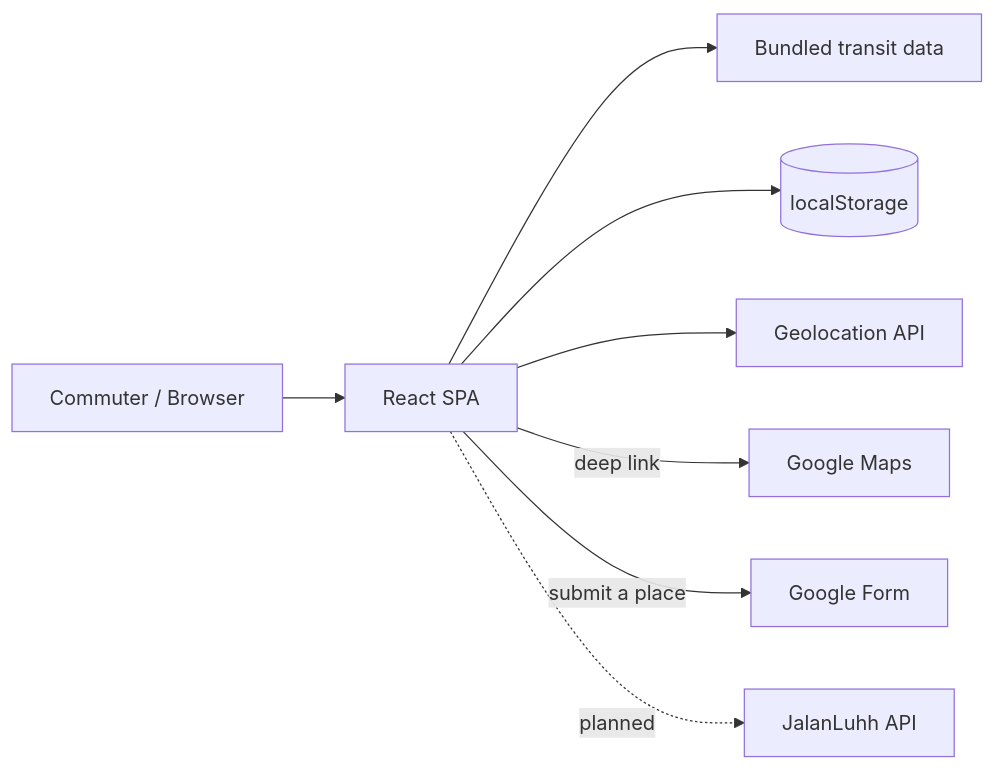
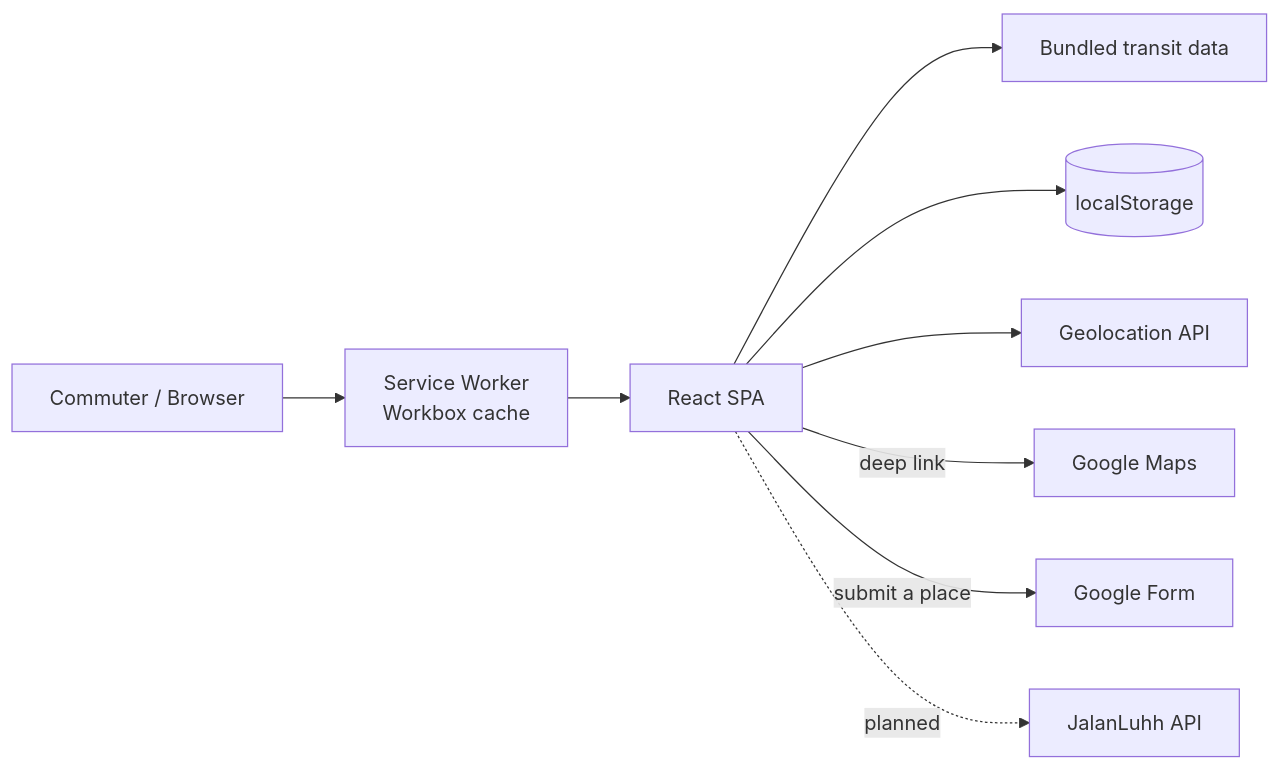
One commit to snsyaqirah/snsyaqirah.github.io changed the second of 12 diagrams in portfolio-react/public/docs/jalanluhh.md. Above: the diagram before and after it, drawn with Mermaid. The commit also changed other lines of this file and 8 other files, not shown here.

````diff
--- a/portfolio-react/public/docs/jalanluhh.md
+++ b/portfolio-react/public/docs/jalanluhh.md
@@ -128,10 +130,11 @@
 ```mermaid
 graph LR
-    U[Commuter / Browser] --> SPA[React SPA]
+    U[Commuter / Browser] --> SW[Service Worker<br/>Workbox cache]
+    SW --> SPA[React SPA]
     SPA --> DATA[Bundled transit data]
     SPA --> LS[(localStorage)]
     SPA --> GEO[Geolocation API]
     SPA -->|deep link| GM[Google Maps]
     SPA -->|submit a place| GF[Google Form]
     SPA -.->|planned| API[JalanLuhh API]
 ```
````
